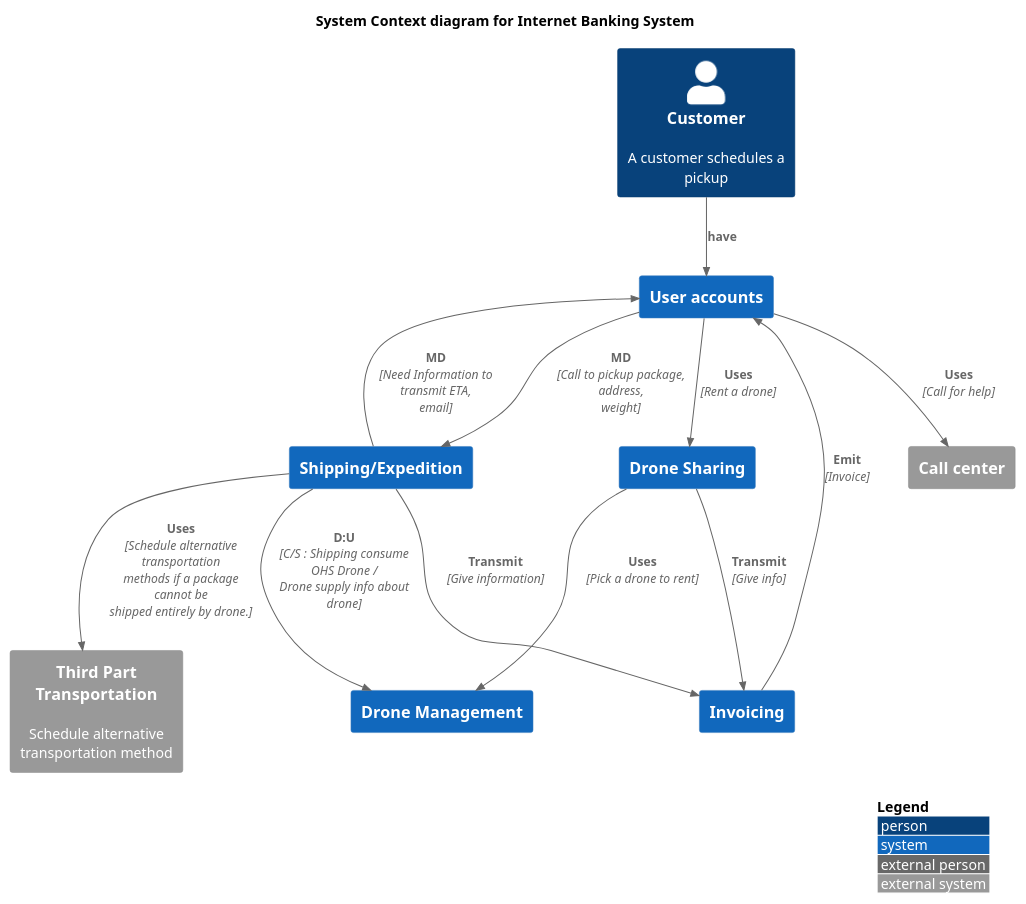
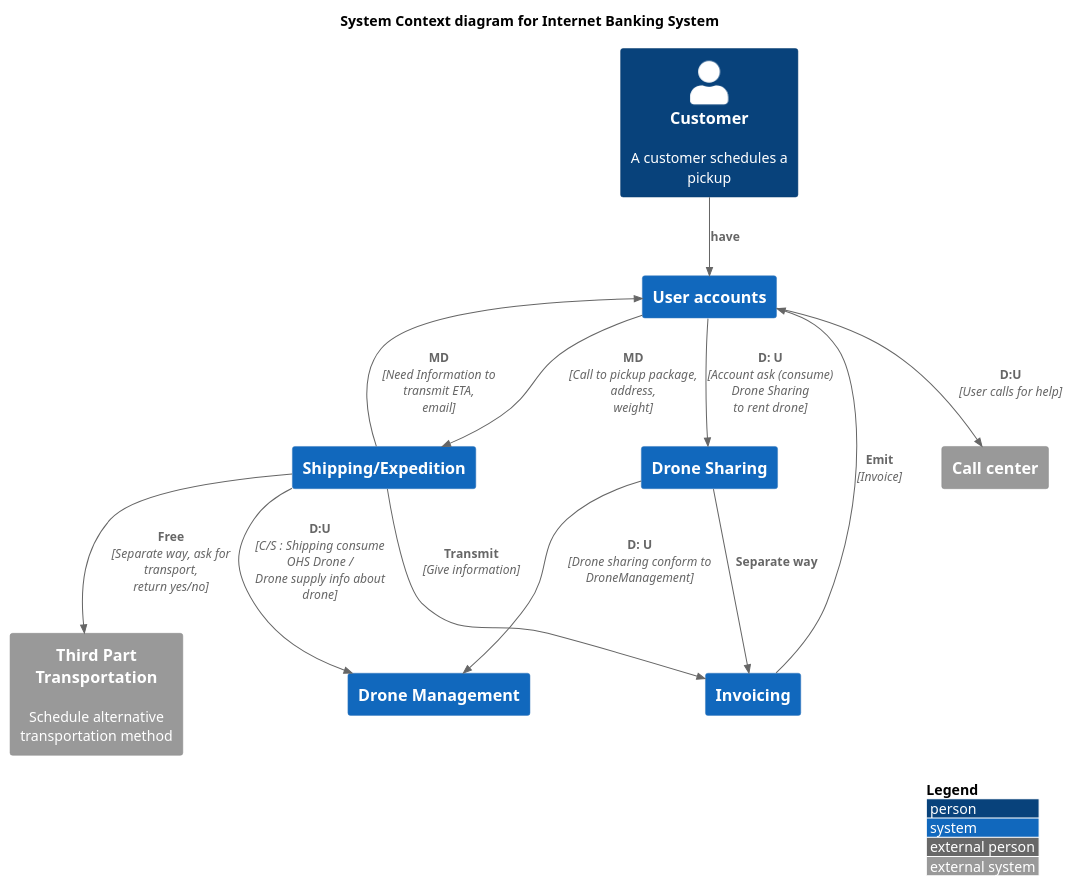
Before and after one commit to tanguybernard/my-awsome-ddd: the diagram in resources/strategic/context-maps/samples/drone/drone_C4-context-maps.puml, drawn with PlantUML.

```diff
--- a/resources/strategic/context-maps/samples/drone/drone_C4-context-maps.puml
+++ b/resources/strategic/context-maps/samples/drone/drone_C4-context-maps.puml
@@ -1,39 +1,39 @@
 @startuml
 !include https://raw.githubusercontent.com/plantuml-stdlib/C4-PlantUML/master/C4_Context.puml
 ' uncomment the following line and comment the first to use locally
 ' !include C4_Context.puml
 
 LAYOUT_WITH_LEGEND()
 
 title System Context diagram for Internet Banking System
 
 Person(customer, "Customer", "A customer schedules a pickup")
 
 System(shipping, "Shipping/Expedition", "")
 System(droneManagement, "Drone Management", "")
 System(droneSharing, "Drone Sharing", "")
 System(userAccounts, "User accounts", "")
 System(invoicing, "Invoicing", "")
 
 System_Ext(thirdPartTransportation, "Third Part Transportation", "Schedule alternative transportation method")
 System_Ext(callCenter, "Call center", "")
 
 Rel(customer, userAccounts, "have")
 
 Rel(shipping, droneManagement, "D:U", "C/S : Shipping consume OHS Drone / Drone supply info about drone")
 Rel(shipping, userAccounts, "MD", "Need Information to transmit ETA, email")
 Rel(userAccounts, shipping, "MD", "Call to pickup package, address, weight")
 
 Rel(shipping, invoicing, "Transmit", "Give information")
 Rel(invoicing, userAccounts, "Emit", "Invoice")
 
 
-Rel(userAccounts, droneSharing, "Uses", "Rent a drone")
-Rel(userAccounts, callCenter, "Uses", "Call for help")
-Rel(shipping, thirdPartTransportation, "Uses", "Schedule alternative transportation methods if a package cannot be shipped entirely by drone.")
+Rel(userAccounts, droneSharing, "D: U", "Account ask (consume) Drone Sharing to rent drone")
+Rel(userAccounts, callCenter, "D:U", "User calls for help")
+Rel(shipping, thirdPartTransportation, "Free", "Separate way, ask for transport, return yes/no")
 
-Rel(droneSharing, droneManagement, "Uses", "Pick a drone to rent")
+Rel(droneSharing, droneManagement, "D: U", "Drone sharing conform to DroneManagement")
 
-Rel(droneSharing, invoicing, "Transmit", "Give info")
+Rel(droneSharing, invoicing, "Separate way", "")
 
 @enduml
```
